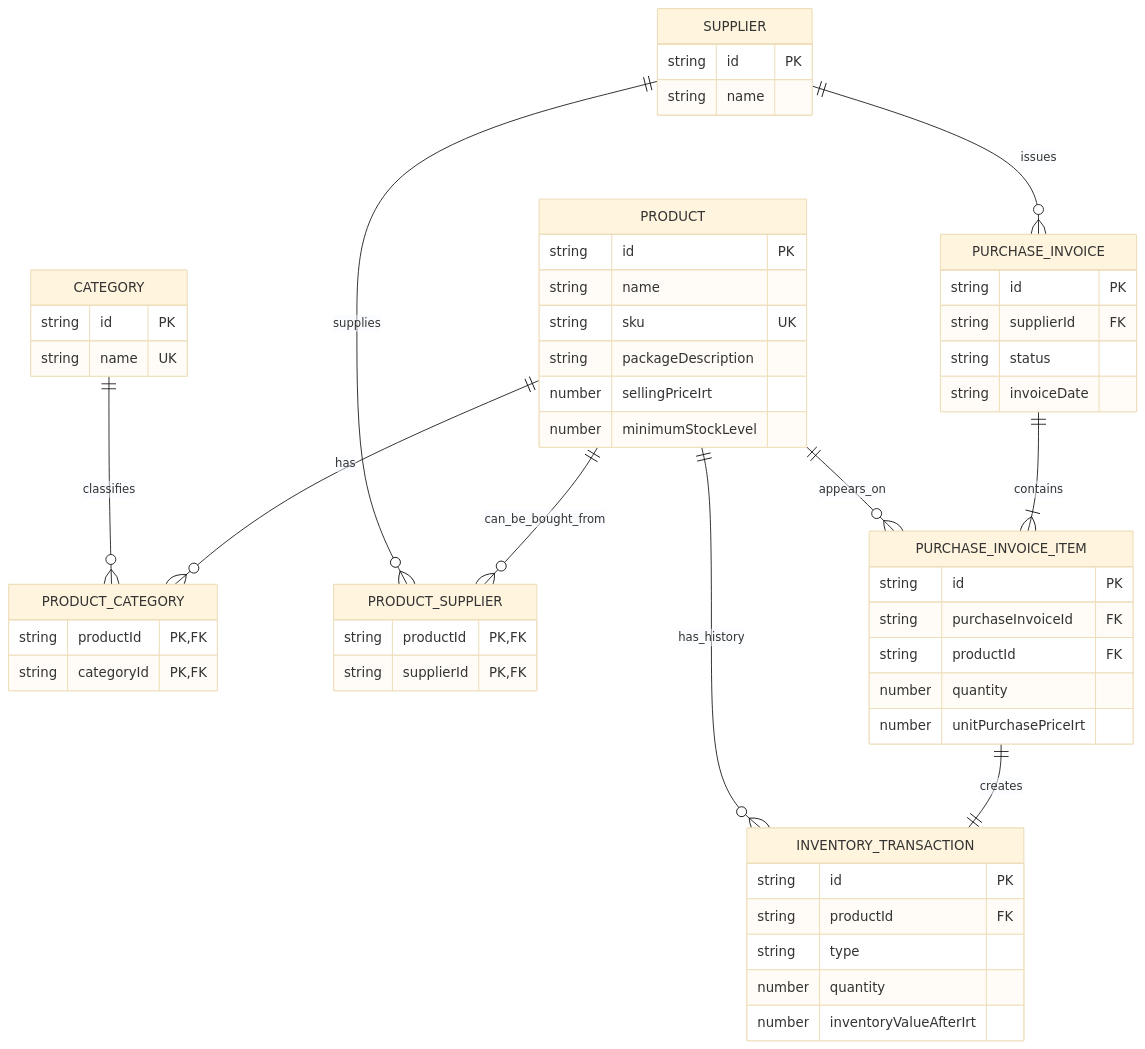
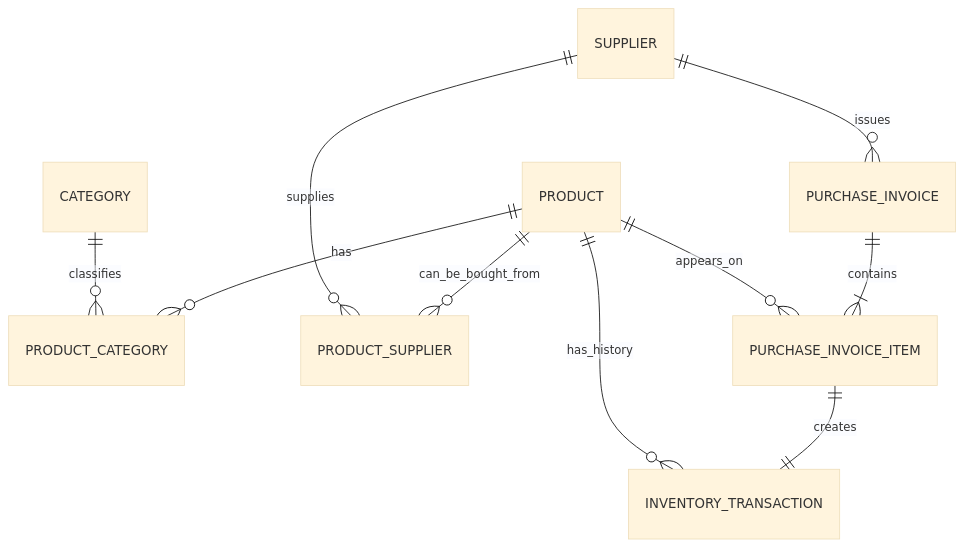
Before and after one commit to Amirrasuli/storix: the diagram in docs/BUSINESS_RULES_AND_DATA_MODEL.md, drawn with Mermaid (base theme). The commit also changed other lines of this file and 3 other files, not shown here.

````diff
--- a/docs/BUSINESS_RULES_AND_DATA_MODEL.md
+++ b/docs/BUSINESS_RULES_AND_DATA_MODEL.md
@@ -199,57 +146,12 @@
 ```mermaid
 erDiagram
     PRODUCT ||--o{ PRODUCT_CATEGORY : has
     CATEGORY ||--o{ PRODUCT_CATEGORY : classifies
     PRODUCT ||--o{ PRODUCT_SUPPLIER : can_be_bought_from
     SUPPLIER ||--o{ PRODUCT_SUPPLIER : supplies
     SUPPLIER ||--o{ PURCHASE_INVOICE : issues
     PURCHASE_INVOICE ||--|{ PURCHASE_INVOICE_ITEM : contains
     PRODUCT ||--o{ PURCHASE_INVOICE_ITEM : appears_on
     PURCHASE_INVOICE_ITEM ||--|| INVENTORY_TRANSACTION : creates
     PRODUCT ||--o{ INVENTORY_TRANSACTION : has_history
-
-    PRODUCT {
-      string id PK
-      string name
-      string sku UK
-      string packageDescription
-      number sellingPriceIrt
-      number minimumStockLevel
-    }
-    CATEGORY {
-      string id PK
-      string name UK
-    }
-    PRODUCT_CATEGORY {
-      string productId PK,FK
-      string categoryId PK,FK
-    }
-    SUPPLIER {
-      string id PK
-      string name
-    }
-    PRODUCT_SUPPLIER {
-      string productId PK,FK
-      string supplierId PK,FK
-    }
-    PURCHASE_INVOICE {
-      string id PK
-      string supplierId FK
-      string status
-      string invoiceDate
-    }
-    PURCHASE_INVOICE_ITEM {
-      string id PK
-      string purchaseInvoiceId FK
-      string productId FK
-      number quantity
-      number unitPurchasePriceIrt
-    }
-    INVENTORY_TRANSACTION {
-      string id PK
-      string productId FK
-      string type
-      number quantity
-      number inventoryValueAfterIrt
-    }
 ```
````
